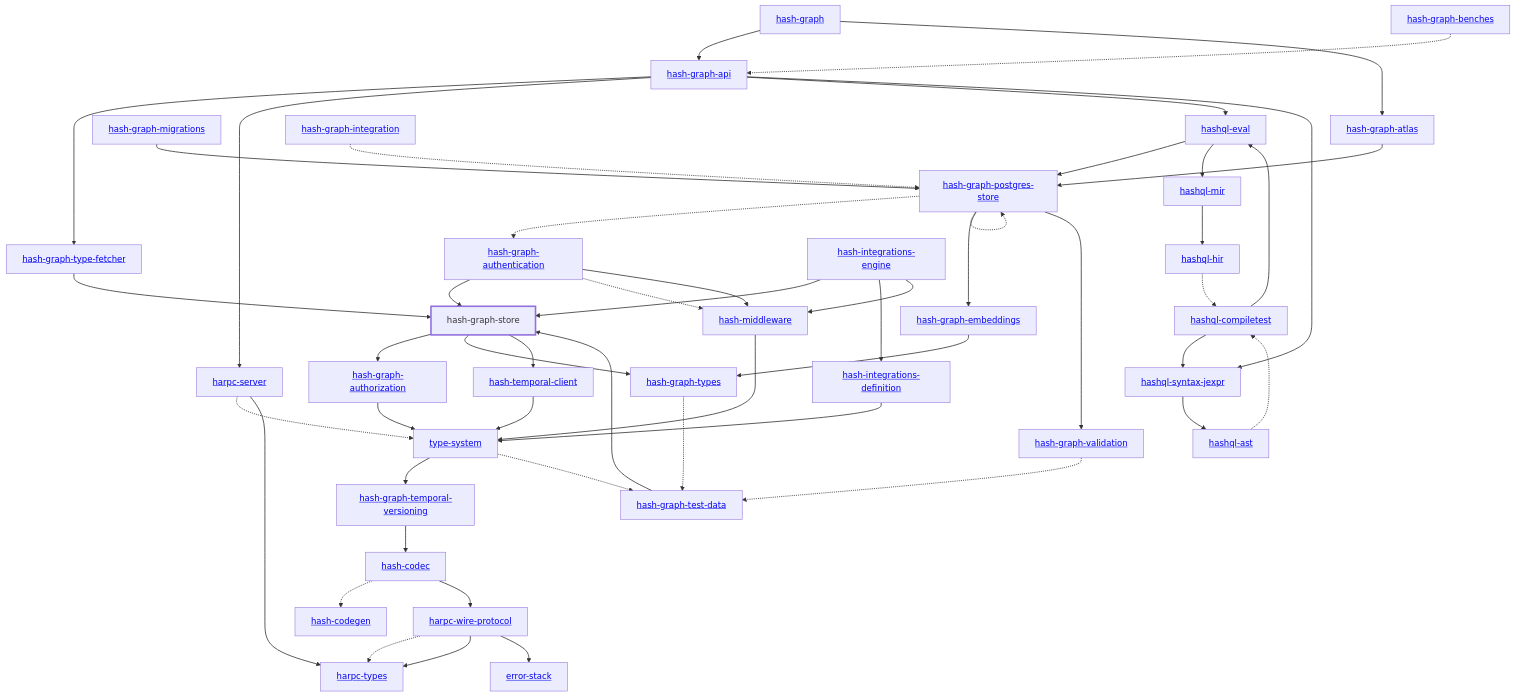
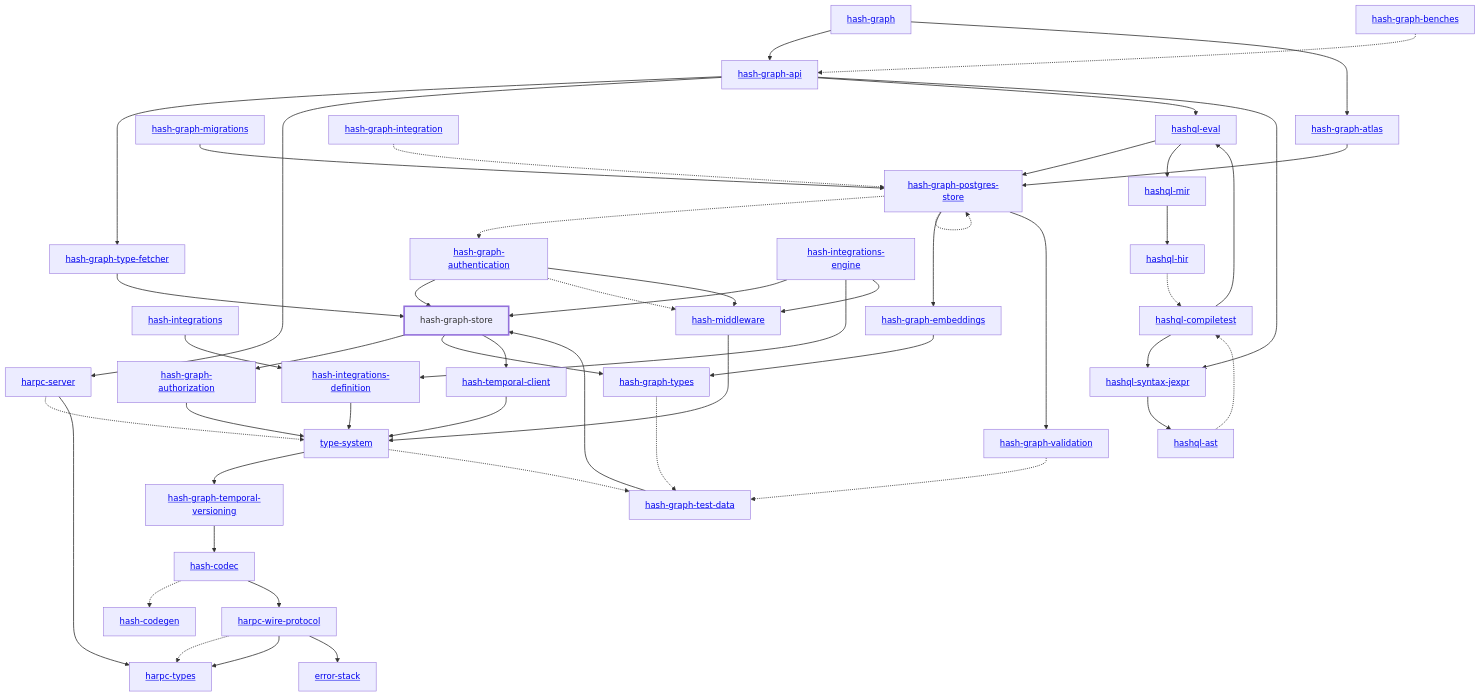
One commit to hashintel/hash changed the diagram in libs/@local/graph/store/rust/docs/dependency-diagram.mmd. Above: the diagram before and after it, drawn with Mermaid. The commit also changed 17 other files, not shown here.

```diff
--- a/libs/@local/graph/store/rust/docs/dependency-diagram.mmd
+++ b/libs/@local/graph/store/rust/docs/dependency-diagram.mmd
@@ -1,94 +1,96 @@
 graph TD
     linkStyle default stroke-width:1.5px
     classDef default stroke-width:1px
     classDef root stroke-width:3px
     classDef dev stroke-width:1px
     classDef build stroke-width:1px
     %% Legend
     %% --> : Normal dependency
     %% -.-> : Dev dependency
     %% ---> : Build dependency
     0[<a href="../hash_graph/index.html">hash-graph</a>]
-    1[<a href="../type_system/index.html">type-system</a>]
-    2[<a href="../hash_codec/index.html">hash-codec</a>]
-    3[<a href="../hash_codegen/index.html">hash-codegen</a>]
-    4[<a href="../hash_graph_api/index.html">hash-graph-api</a>]
-    5[<a href="../hash_graph_atlas/index.html">hash-graph-atlas</a>]
-    6[<a href="../hash_graph_authentication/index.html">hash-graph-authentication</a>]
-    7[<a href="../hash_graph_authorization/index.html">hash-graph-authorization</a>]
-    8[<a href="../hash_graph_embeddings/index.html">hash-graph-embeddings</a>]
-    9[<a href="../hash_graph_migrations/index.html">hash-graph-migrations</a>]
-    10[<a href="../hash_graph_postgres_store/index.html">hash-graph-postgres-store</a>]
-    11[hash-graph-store]
-    class 11 root
-    12[<a href="../hash_graph_temporal_versioning/index.html">hash-graph-temporal-versioning</a>]
-    13[<a href="../hash_graph_type_fetcher/index.html">hash-graph-type-fetcher</a>]
-    14[<a href="../hash_graph_types/index.html">hash-graph-types</a>]
-    15[<a href="../hash_graph_validation/index.html">hash-graph-validation</a>]
-    16[<a href="../harpc_server/index.html">harpc-server</a>]
-    17[<a href="../harpc_types/index.html">harpc-types</a>]
-    18[<a href="../harpc_wire_protocol/index.html">harpc-wire-protocol</a>]
-    19[<a href="../hashql_ast/index.html">hashql-ast</a>]
-    20[<a href="../hashql_compiletest/index.html">hashql-compiletest</a>]
-    21[<a href="../hashql_eval/index.html">hashql-eval</a>]
-    22[<a href="../hashql_hir/index.html">hashql-hir</a>]
-    23[<a href="../hashql_mir/index.html">hashql-mir</a>]
-    24[<a href="../hashql_syntax_jexpr/index.html">hashql-syntax-jexpr</a>]
-    25[<a href="../hash_integrations_definition/index.html">hash-integrations-definition</a>]
-    26[<a href="../hash_integrations_engine/index.html">hash-integrations-engine</a>]
-    27[<a href="../hash_middleware/index.html">hash-middleware</a>]
-    28[<a href="../hash_temporal_client/index.html">hash-temporal-client</a>]
-    29[<a href="../error_stack/index.html">error-stack</a>]
-    30[<a href="../hash_graph_benches/index.html">hash-graph-benches</a>]
-    31[<a href="../hash_graph_integration/index.html">hash-graph-integration</a>]
-    32[<a href="../hash_graph_test_data/index.html">hash-graph-test-data</a>]
-    0 --> 4
+    1[<a href="../hash_integrations/index.html">hash-integrations</a>]
+    2[<a href="../type_system/index.html">type-system</a>]
+    3[<a href="../hash_codec/index.html">hash-codec</a>]
+    4[<a href="../hash_codegen/index.html">hash-codegen</a>]
+    5[<a href="../hash_graph_api/index.html">hash-graph-api</a>]
+    6[<a href="../hash_graph_atlas/index.html">hash-graph-atlas</a>]
+    7[<a href="../hash_graph_authentication/index.html">hash-graph-authentication</a>]
+    8[<a href="../hash_graph_authorization/index.html">hash-graph-authorization</a>]
+    9[<a href="../hash_graph_embeddings/index.html">hash-graph-embeddings</a>]
+    10[<a href="../hash_graph_migrations/index.html">hash-graph-migrations</a>]
+    11[<a href="../hash_graph_postgres_store/index.html">hash-graph-postgres-store</a>]
+    12[hash-graph-store]
+    class 12 root
+    13[<a href="../hash_graph_temporal_versioning/index.html">hash-graph-temporal-versioning</a>]
+    14[<a href="../hash_graph_type_fetcher/index.html">hash-graph-type-fetcher</a>]
+    15[<a href="../hash_graph_types/index.html">hash-graph-types</a>]
+    16[<a href="../hash_graph_validation/index.html">hash-graph-validation</a>]
+    17[<a href="../harpc_server/index.html">harpc-server</a>]
+    18[<a href="../harpc_types/index.html">harpc-types</a>]
+    19[<a href="../harpc_wire_protocol/index.html">harpc-wire-protocol</a>]
+    20[<a href="../hashql_ast/index.html">hashql-ast</a>]
+    21[<a href="../hashql_compiletest/index.html">hashql-compiletest</a>]
+    22[<a href="../hashql_eval/index.html">hashql-eval</a>]
+    23[<a href="../hashql_hir/index.html">hashql-hir</a>]
+    24[<a href="../hashql_mir/index.html">hashql-mir</a>]
+    25[<a href="../hashql_syntax_jexpr/index.html">hashql-syntax-jexpr</a>]
+    26[<a href="../hash_integrations_definition/index.html">hash-integrations-definition</a>]
+    27[<a href="../hash_integrations_engine/index.html">hash-integrations-engine</a>]
+    28[<a href="../hash_middleware/index.html">hash-middleware</a>]
+    29[<a href="../hash_temporal_client/index.html">hash-temporal-client</a>]
+    30[<a href="../error_stack/index.html">error-stack</a>]
+    31[<a href="../hash_graph_benches/index.html">hash-graph-benches</a>]
+    32[<a href="../hash_graph_integration/index.html">hash-graph-integration</a>]
+    33[<a href="../hash_graph_test_data/index.html">hash-graph-test-data</a>]
     0 --> 5
-    1 --> 12
-    1 -.-> 32
-    2 -.-> 3
-    2 --> 18
-    4 --> 13
-    4 --> 16
-    4 --> 21
-    4 --> 24
-    5 --> 10
+    0 --> 6
+    1 --> 26
+    2 --> 13
+    2 -.-> 33
+    3 -.-> 4
+    3 --> 19
+    5 --> 14
+    5 --> 17
+    5 --> 22
+    5 --> 25
     6 --> 11
-    6 -.-> 27
-    6 --> 27
-    7 --> 1
-    8 --> 14
-    9 --> 10
-    10 -.-> 6
-    10 --> 8
-    10 -.-> 10
-    10 --> 15
-    11 --> 7
-    11 --> 14
-    11 --> 28
-    12 --> 2
-    13 --> 11
-    14 -.-> 32
-    15 -.-> 32
-    16 -.-> 1
-    16 --> 17
-    18 -.-> 17
-    18 --> 17
-    18 --> 29
-    19 -.-> 20
-    20 --> 21
-    20 --> 24
-    21 --> 10
-    21 --> 23
-    22 -.-> 20
-    23 --> 22
-    24 --> 19
-    25 --> 1
-    26 --> 11
-    26 --> 25
-    26 --> 27
-    27 --> 1
-    28 --> 1
-    30 -.-> 4
-    31 -.-> 10
-    32 --> 11
+    7 --> 12
+    7 -.-> 28
+    7 --> 28
+    8 --> 2
+    9 --> 15
+    10 --> 11
+    11 -.-> 7
+    11 --> 9
+    11 -.-> 11
+    11 --> 16
+    12 --> 8
+    12 --> 15
+    12 --> 29
+    13 --> 3
+    14 --> 12
+    15 -.-> 33
+    16 -.-> 33
+    17 -.-> 2
+    17 --> 18
+    19 -.-> 18
+    19 --> 18
+    19 --> 30
+    20 -.-> 21
+    21 --> 22
+    21 --> 25
+    22 --> 11
+    22 --> 24
+    23 -.-> 21
+    24 --> 23
+    25 --> 20
+    26 --> 2
+    27 --> 12
+    27 --> 26
+    27 --> 28
+    28 --> 2
+    29 --> 2
+    31 -.-> 5
+    32 -.-> 11
+    33 --> 12
```
